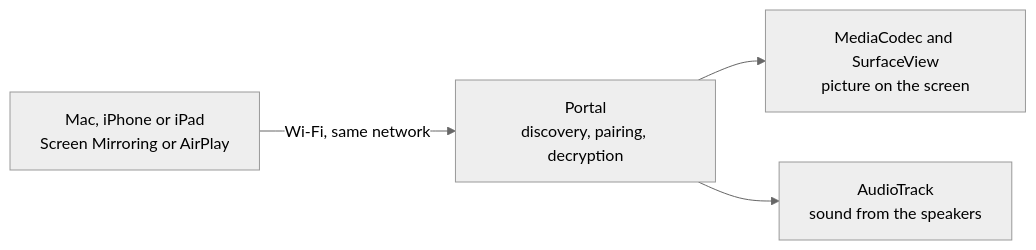
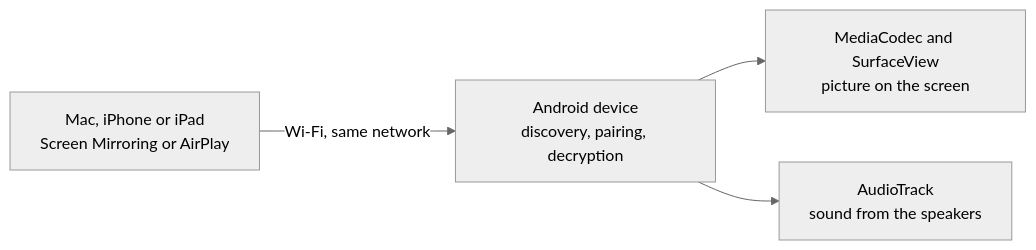
Before and after one commit to swide-git/second-display: the diagram in README.md, drawn with Mermaid (neutral theme). The commit also changed other lines of this file and 3 other files, not shown here.

````diff
--- a/README.md
+++ b/README.md
@@ -141,6 +170,6 @@
 ```mermaid
 flowchart LR
-    SENDER["Mac, iPhone or iPad<br/>Screen Mirroring or AirPlay"] -- "Wi-Fi, same network" --> CORE["Portal<br/>discovery, pairing, decryption"]
+    SENDER["Mac, iPhone or iPad<br/>Screen Mirroring or AirPlay"] -- "Wi-Fi, same network" --> CORE["Android device<br/>discovery, pairing, decryption"]
     CORE --> VIDEO["MediaCodec and SurfaceView<br/>picture on the screen"]
     CORE --> AUDIO["AudioTrack<br/>sound from the speakers"]
 ```
````
